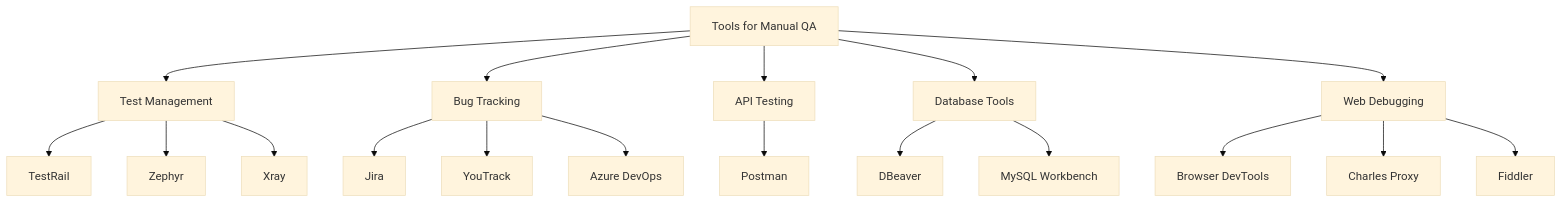
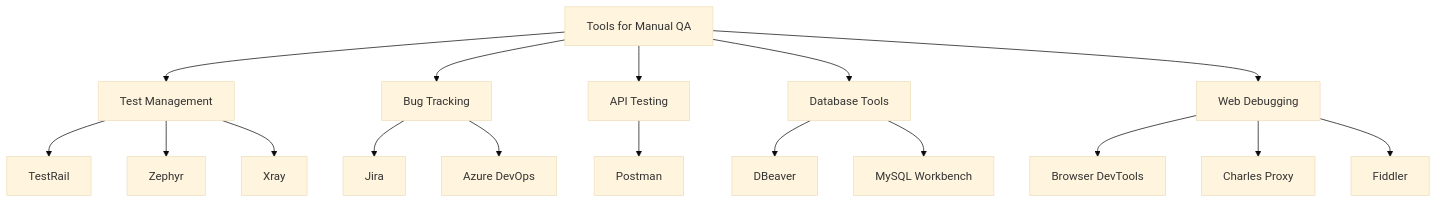
One commit to EderIpanaque/qa-portfolio changed the diagram in Mindmaps/Tools_For_Manual_QA.md. Above: the diagram before and after it, drawn with Mermaid (base theme). The commit also changed other lines of this file, not shown here.

````diff
--- a/Mindmaps/Tools_For_Manual_QA.md
+++ b/Mindmaps/Tools_For_Manual_QA.md
@@ -9,33 +9,32 @@
 ```mermaid
 graph TD
     Tools[Tools for Manual QA]
      
     Management[Test Management]
     Tracking[Bug Tracking]
     API[API Testing]
     DB[Database Tools]
     Web[Web Debugging]
 
     Management --> TestRail[TestRail]
     Management --> Zephyr[Zephyr]
     Management --> XRAY[Xray]
 
     Tracking --> Jira[Jira]
-    Tracking --> YouTrack[YouTrack]
     Tracking --> AzureDevOps[Azure DevOps]
 
     API --> Postman[Postman]
 
     DB --> DBeaver[DBeaver]
     DB --> MySQLWorkbench[MySQL Workbench]
 
     Web --> DevTools[Browser DevTools]
     Web --> Charles[Charles Proxy]
     Web --> Fiddler[Fiddler]
     
     Tools --> Management
     Tools --> Tracking
     Tools --> API
     Tools --> DB
     Tools --> Web
 ```  
````
